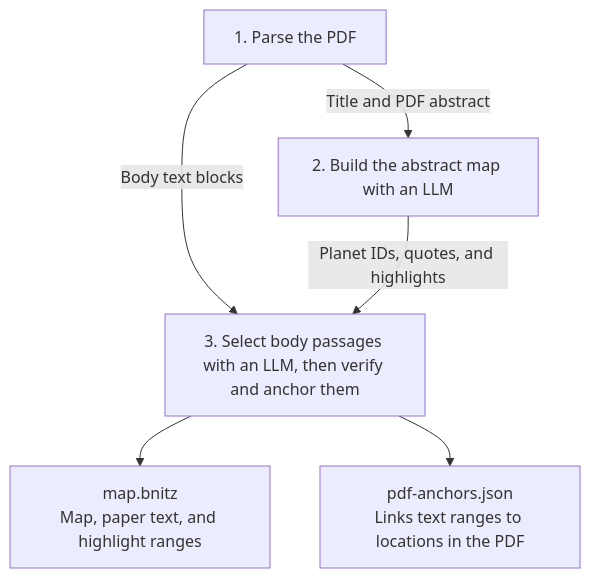
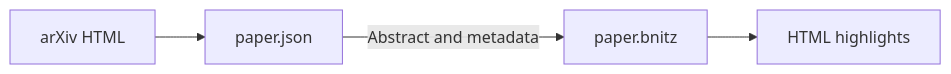
One commit to enricobottazzi/bnitz changed the diagram in extension/README.md. Above: the diagram before and after it, drawn with Mermaid. The commit also changed other lines of this file and 86 other files, not shown here.

First line of the commit message:
Switch BNITZ extension to an arXiv HTML pipeline

````diff
--- a/extension/README.md
+++ b/extension/README.md
@@ -5,14 +5,6 @@
 ```mermaid
-flowchart TD
-    A["1. Parse the PDF"]
-    B["2. Build the abstract map with an LLM"]
-    C["3. Select body passages with an LLM, then verify and anchor them"]
-    M["map.bnitz<br/>Map, paper text, and highlight ranges"]
-    P["pdf-anchors.json<br/>Links text ranges to locations in the PDF"]
-
-    A -->|Title and PDF abstract| B
-    A -->|Body text blocks| C
-    B -->|Planet IDs, quotes, and highlights| C
-    C --> M
-    C --> P
+flowchart LR
+    A["arXiv HTML"] --> B["paper.json"]
+    B -->|Abstract and metadata| C["paper.bnitz"]
+    C --> D["HTML highlights"]
 ```
````
